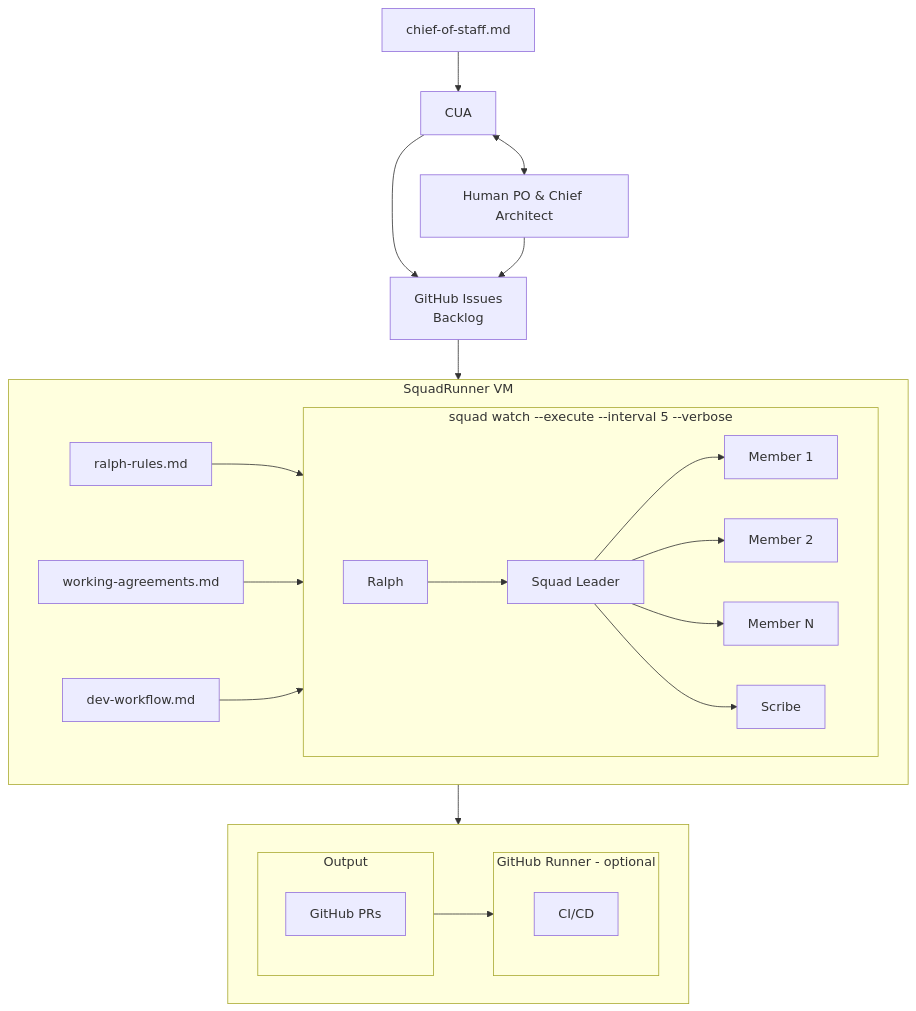
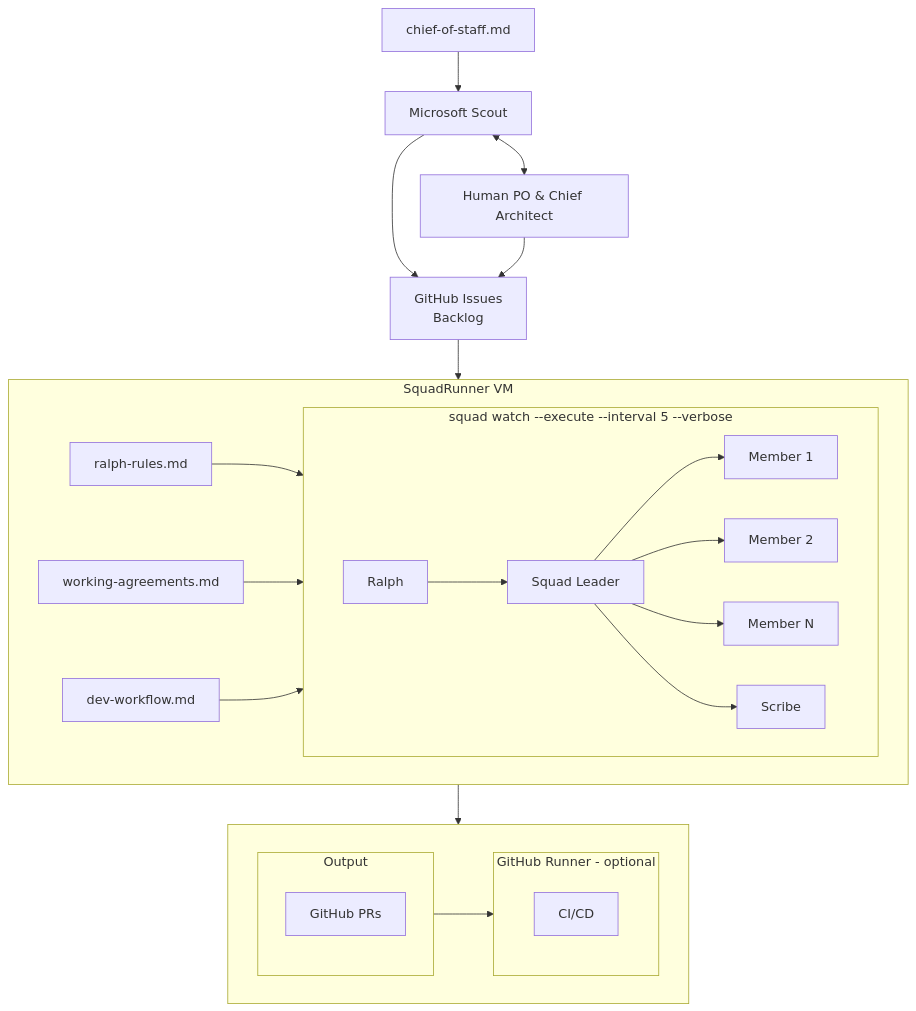
One commit to TheeUnderdog/SquadRunner changed the diagram in README.md. Above: the diagram before and after it, drawn with Mermaid. The commit also changed other lines of this file, not shown here.

Commit message:
Rename CUA to Microsoft Scout, introduce with link

````diff
--- a/README.md
+++ b/README.md
@@ -9,34 +9,34 @@
 ```mermaid
 flowchart TD
-    COS[chief-of-staff.md] --> CUA
-    CUA --> GH[GitHub Issues<br/>Backlog]
-    CUA <--> H[Human PO & Chief Architect] --> GH[GitHub Issues<br/>Backlog]
+    COS[chief-of-staff.md] --> SCOUT
+    SCOUT[Microsoft Scout] --> GH[GitHub Issues<br/>Backlog]
+    SCOUT <--> H[Human PO & Chief Architect] --> GH[GitHub Issues<br/>Backlog]
     GH --> VM
     
     subgraph VM[SquadRunner VM]
         RR[ralph-rules.md] --> SW
         WA[working-agreements.md] --> SW
         DW[dev-workflow.md] --> SW
         subgraph SW[squad watch --execute --interval 5 --verbose]
             direction LR
             R[Ralph] --> SL[Squad Leader]
             SL --> M1[Member 1]
             SL --> M2[Member 2]
             SL --> MN[Member N]
             SL --> SC[Scribe]
         end
     end
     
     VM --> Bottom
     
     subgraph Bottom[ ]
         direction LR
         subgraph Output
             PR[GitHub PRs]
         end
         Output --> Runner
         subgraph Runner[GitHub Runner - optional]
             CI[CI/CD]
         end
     end
 ```
````
